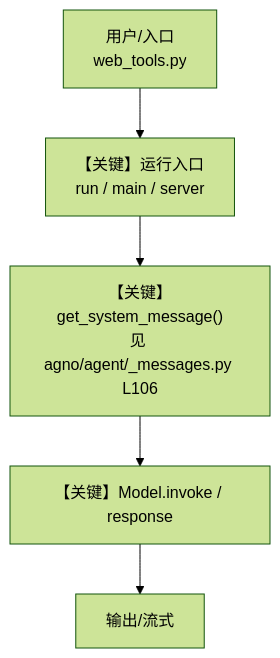
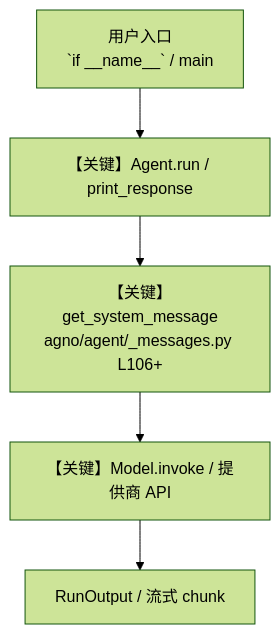
One commit to defulat-coder/agno-learn changed the diagram in cookbook/91_tools/web_tools.md. Above: the diagram before and after it, drawn with Mermaid (forest theme). The commit also changed other lines of this file and 1669 other files, not shown here.

````diff
--- a/cookbook/91_tools/web_tools.md
+++ b/cookbook/91_tools/web_tools.md
@@ -81,7 +106,7 @@
 ```mermaid
 flowchart TD
-    U["用户/入口<br/>web_tools.py"] --> R["【关键】运行入口<br/>run / main / server"]
-    R --> S["【关键】get_system_message()<br/>见 agno/agent/_messages.py L106"]
-    S --> M["【关键】Model.invoke / response"]
-    M --> Out["输出/流式"]
+    Entry["用户入口<br/>`if __name__` / main"] --> Run["【关键】Agent.run / print_response"]
+    Run --> Sys["【关键】get_system_message<br/>agno/agent/_messages.py L106+"]
+    Sys --> Inv["【关键】Model.invoke / 提供商 API"]
+    Inv --> Out["RunOutput / 流式 chunk"]
 ```
````
